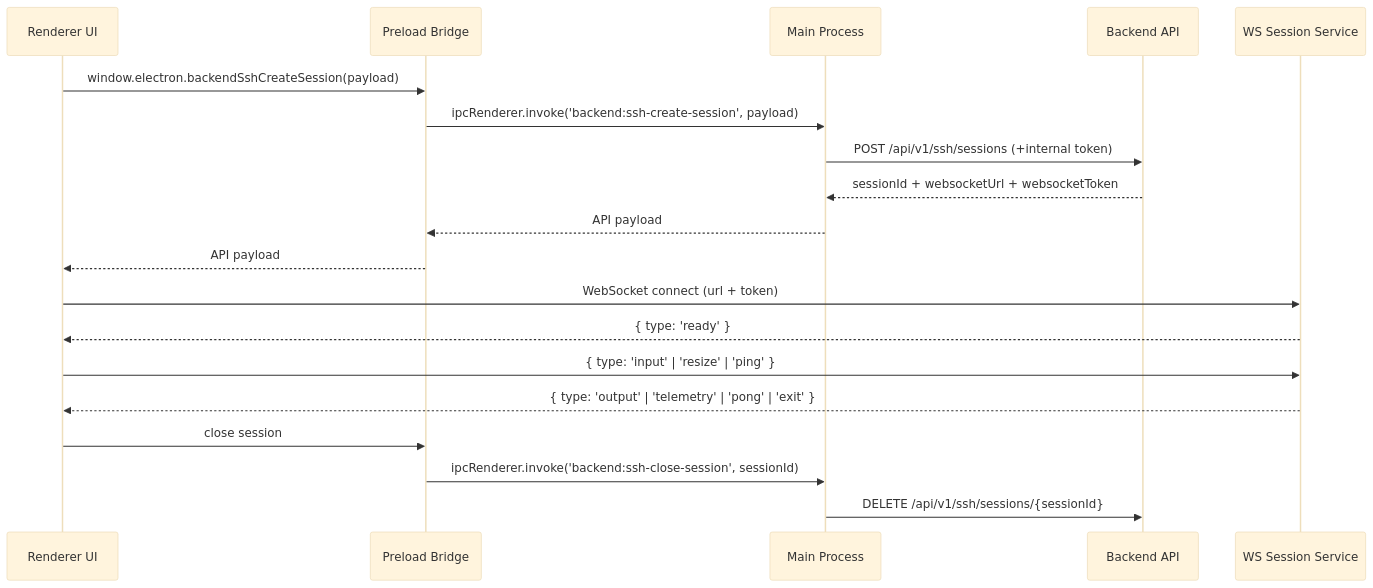
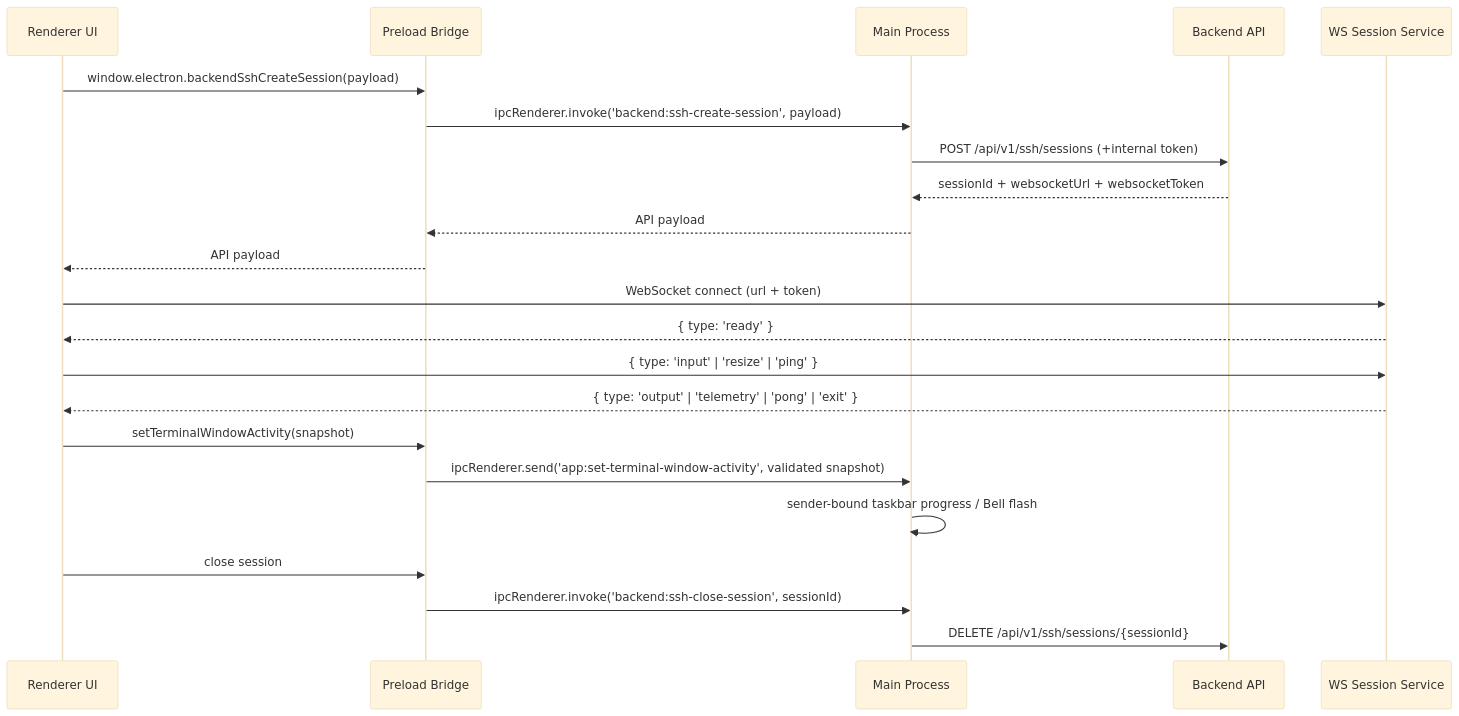
The second of 14 diagrams in docs/developer/core/architecture.md (agoudbg/Cosmosh), drawn with Mermaid (base theme) before and after one commit. The commit also changed other lines of this file and 25 other files, not shown here.

Commit message:
feat(terminal): integrate window activity

````diff
--- a/docs/developer/core/architecture.md
+++ b/docs/developer/core/architecture.md
@@ -81,24 +82,28 @@
 ```mermaid
 sequenceDiagram
   participant UI as Renderer UI
   participant PB as Preload Bridge
   participant MP as Main Process
   participant BE as Backend API
   participant WS as WS Session Service
 
   UI->>PB: window.electron.backendSshCreateSession(payload)
   PB->>MP: ipcRenderer.invoke('backend:ssh-create-session', payload)
   MP->>BE: POST /api/v1/ssh/sessions (+internal token)
   BE-->>MP: sessionId + websocketUrl + websocketToken
   MP-->>PB: API payload
   PB-->>UI: API payload
 
   UI->>WS: WebSocket connect (url + token)
   WS-->>UI: { type: 'ready' }
   UI->>WS: { type: 'input' | 'resize' | 'ping' }
   WS-->>UI: { type: 'output' | 'telemetry' | 'pong' | 'exit' }
 
+  UI->>PB: setTerminalWindowActivity(snapshot)
+  PB->>MP: ipcRenderer.send('app:set-terminal-window-activity', validated snapshot)
+  MP->>MP: sender-bound taskbar progress / Bell flash
+
   UI->>PB: close session
   PB->>MP: ipcRenderer.invoke('backend:ssh-close-session', sessionId)
   MP->>BE: DELETE /api/v1/ssh/sessions/{sessionId}
 ```
````
